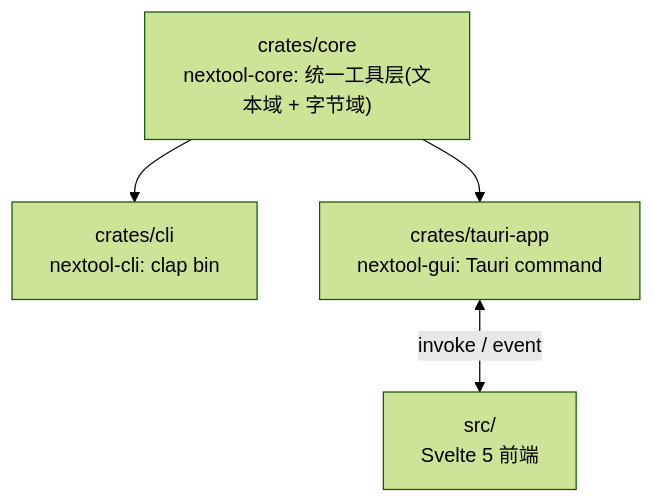
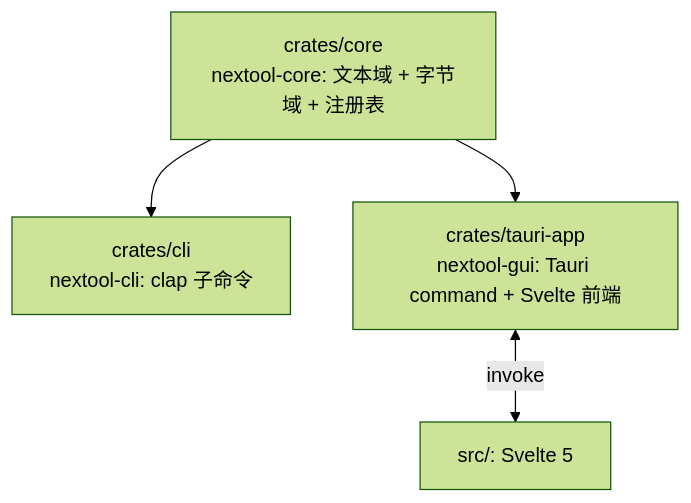
One commit to int2t05/NexToolkit changed the diagram in docs/tech.md. Above: the diagram before and after it, drawn with Mermaid (forest theme). The commit also changed other lines of this file and 5 other files, not shown here.

First line of the commit message:
docs: 全量重构——prd/tech/api/flow/todo + README,mermaid 为主,简洁成熟

````diff
--- a/docs/tech.md
+++ b/docs/tech.md
@@ -18,10 +17,9 @@
 ```mermaid
 flowchart TD
-  CORE["crates/core<br/>nextool-core: 统一工具层(文本域 + 字节域)"]
-  CLI["crates/cli<br/>nextool-cli: clap bin"]
-  GUI["crates/tauri-app<br/>nextool-gui: Tauri command"]
-  FE["src/<br/>Svelte 5 前端"]
+  CORE["crates/core<br/>nextool-core: 文本域 + 字节域 + 注册表"]
+  CLI["crates/cli<br/>nextool-cli: clap 子命令"]
+  GUI["crates/tauri-app<br/>nextool-gui: Tauri command + Svelte 前端"]
   CORE --> CLI
   CORE --> GUI
-  GUI <-->|"invoke / event"| FE
+  GUI <-->|"invoke"| FE["src/: Svelte 5"]
 ```
````
